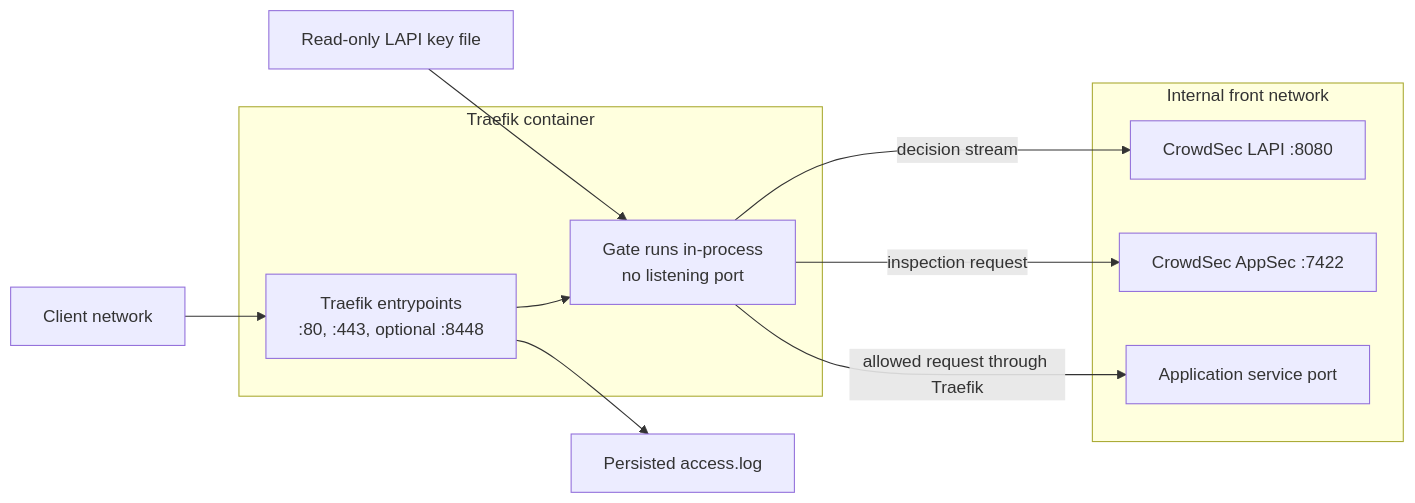
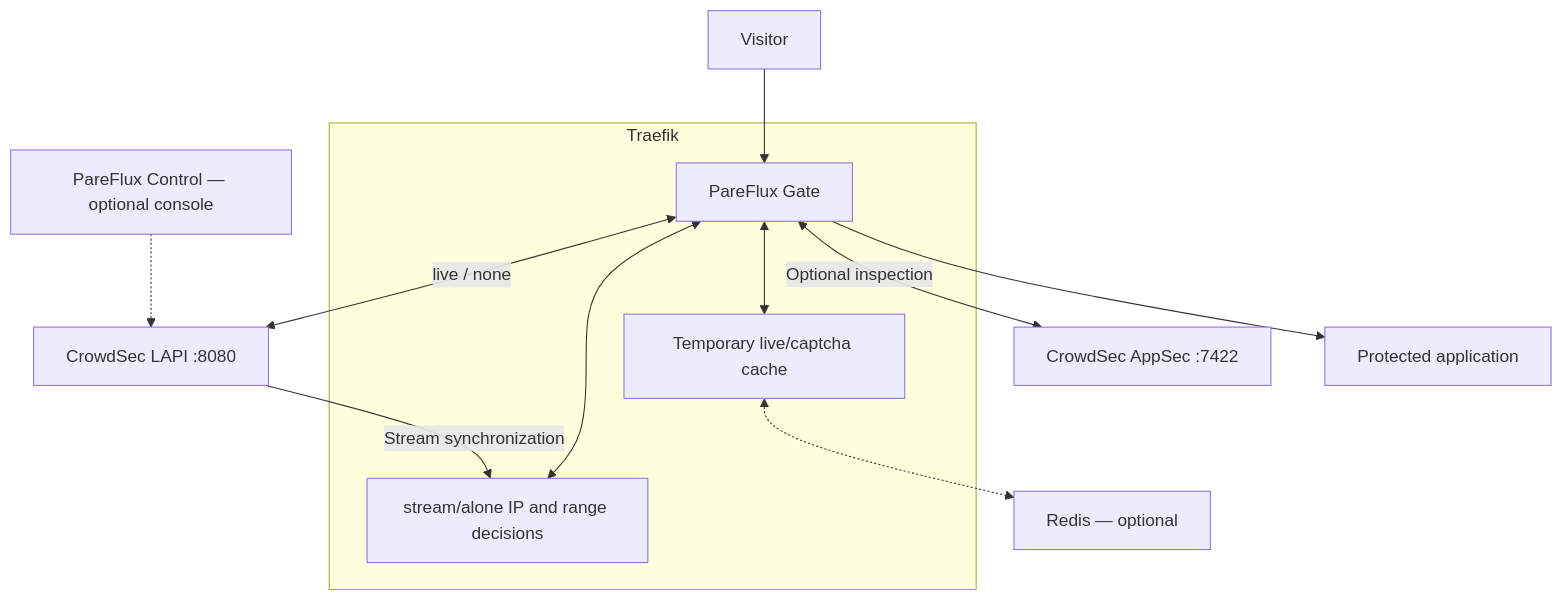
Before and after one commit to vandman/pareflux-traefik-gate: the diagram in docs/architecture.EN.md, drawn with Mermaid. The commit also changed other lines of this file and 57 other files, not shown here.

First line of the commit message:
release: publish PareFlux Gate v0.1.24

````diff
--- a/docs/architecture.EN.md
+++ b/docs/architecture.EN.md
@@ -48,25 +13,17 @@
 ```mermaid
-flowchart LR
-    internet["Client network"]
-
-    subgraph traefikcontainer["Traefik container"]
-        tls["Traefik entrypoints<br/>:80, :443, optional :8448"]
-        gate["Gate runs in-process<br/>no listening port"]
+flowchart TB
+    client["Visitor"] --> gate
+    subgraph traefik["Traefik"]
+        gate["PareFlux Gate"]
+        store["stream/alone IP and range decisions"]
+        ttl["Temporary live/captcha cache"]
+        gate <--> store
+        gate <--> ttl
     end
-
-    subgraph front["Internal front network"]
-        lapi["CrowdSec LAPI :8080"]
-        appsec["CrowdSec AppSec :7422"]
-        backend["Application service port"]
-    end
-
-    secret["Read-only LAPI key file"]
-    log["Persisted access.log"]
-
-    internet --> tls --> gate
-    gate -->|"decision stream"| lapi
-    gate -->|"inspection request"| appsec
-    gate -->|"allowed request through Traefik"| backend
-    secret --> gate
-    tls --> log
+    lapi["CrowdSec LAPI :8080"] -->|"Stream synchronization"| store
+    gate <-->|"live / none"| lapi
+    gate <-->|"Optional inspection"| appsec["CrowdSec AppSec :7422"]
+    gate --> backend["Protected application"]
+    ttl <-.-> redis["Redis — optional"]
+    control["PareFlux Control — optional console"] -.-> lapi
 ```
````
